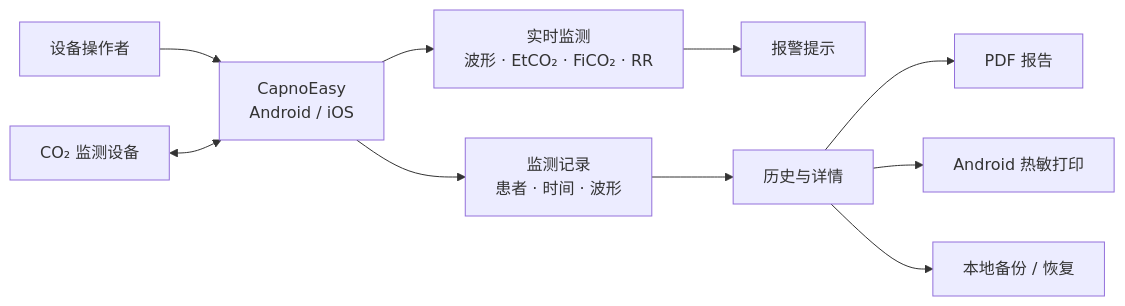
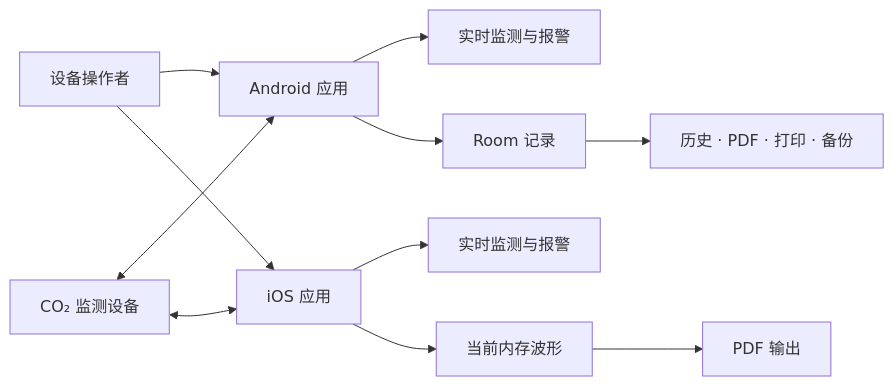
The first of 4 diagrams in docs/guide/visual-overview.md (weisiwu/Capnograph), drawn with Mermaid before and after one commit. The commit also changed other lines of this file and 24 other files, not shown here.

````diff
--- a/docs/guide/visual-overview.md
+++ b/docs/guide/visual-overview.md
@@ -34,15 +32,16 @@
 ```mermaid
 flowchart LR
     accTitle: CapnoEasy 产品边界
-    accDescr: 操作者通过 Android 或 iOS 应用连接监测设备，应用处理实时指标、报警和记录，并输出历史、PDF 与打印结果。
+    accDescr: 操作者可通过 Android 或 iOS 连接设备并查看实时指标。Android 将记录持久化到 Room，再进入历史、PDF、打印和备份；iOS 把当前波形保留在内存中并生成 PDF。
 
-    Operator["设备操作者"] --> App["CapnoEasy<br/>Android / iOS"]
-    Device["CO₂ 监测设备"] <--> App
-    App --> Monitor["实时监测<br/>波形 · EtCO₂ · FiCO₂ · RR"]
-    App --> Record["监测记录<br/>患者 · 时间 · 波形"]
-    Monitor --> Alert["报警提示"]
-    Record --> History["历史与详情"]
-    History --> PDF["PDF 报告"]
-    History --> Printer["Android 热敏打印"]
-    History --> Backup["本地备份 / 恢复"]
+    Operator["设备操作者"] --> Android["Android 应用"]
+    Operator --> iOS["iOS 应用"]
+    Device["CO₂ 监测设备"] <--> Android
+    Device <--> iOS
+    Android --> AMonitor["实时监测与报警"]
+    iOS --> IMonitor["实时监测与报警"]
+    Android --> Room["Room 记录"]
+    Room --> AOutput["历史 · PDF · 打印 · 备份"]
+    iOS --> Memory["当前内存波形"]
+    Memory --> IOutput["PDF 输出"]
 ```
````
